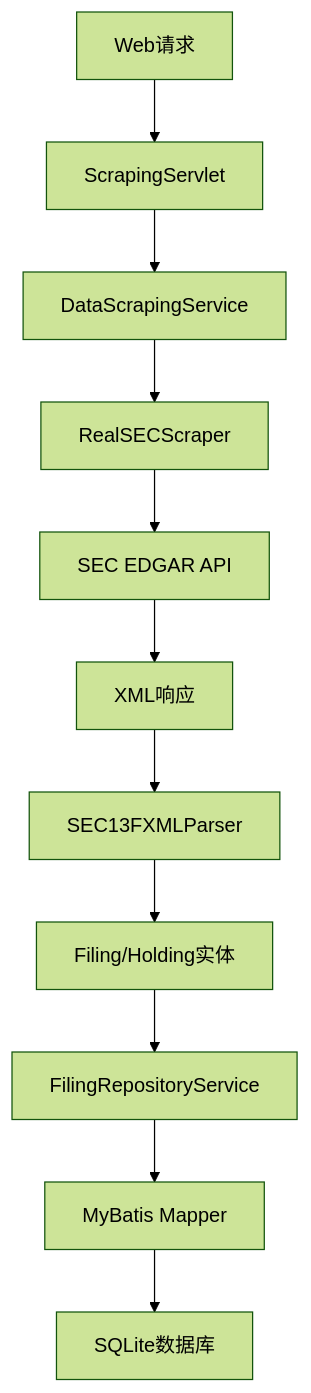
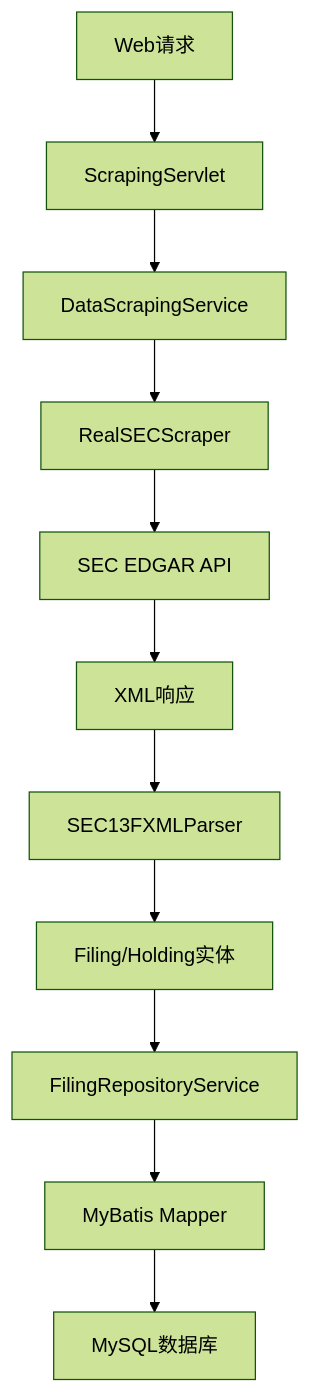
Before and after one commit to yjy1304/sec-data-collecter: the first of 2 diagrams in docs/architecture.md, drawn with Mermaid (forest theme). The commit also changed other lines of this file and 19 other files, not shown here.

````diff
--- a/docs/architecture.md
+++ b/docs/architecture.md
@@ -197,13 +197,13 @@
 ```mermaid
 graph TD
     A[Web请求] --> B[ScrapingServlet]
     B --> C[DataScrapingService]
     C --> D[RealSECScraper]
     D --> E[SEC EDGAR API]
     E --> F[XML响应]
     F --> G[SEC13FXMLParser]
     G --> H[Filing/Holding实体]
     H --> I[FilingRepositoryService]
     I --> J[MyBatis Mapper]
-    J --> K[SQLite数据库]
+    J --> K[MySQL数据库]
 ```
````
